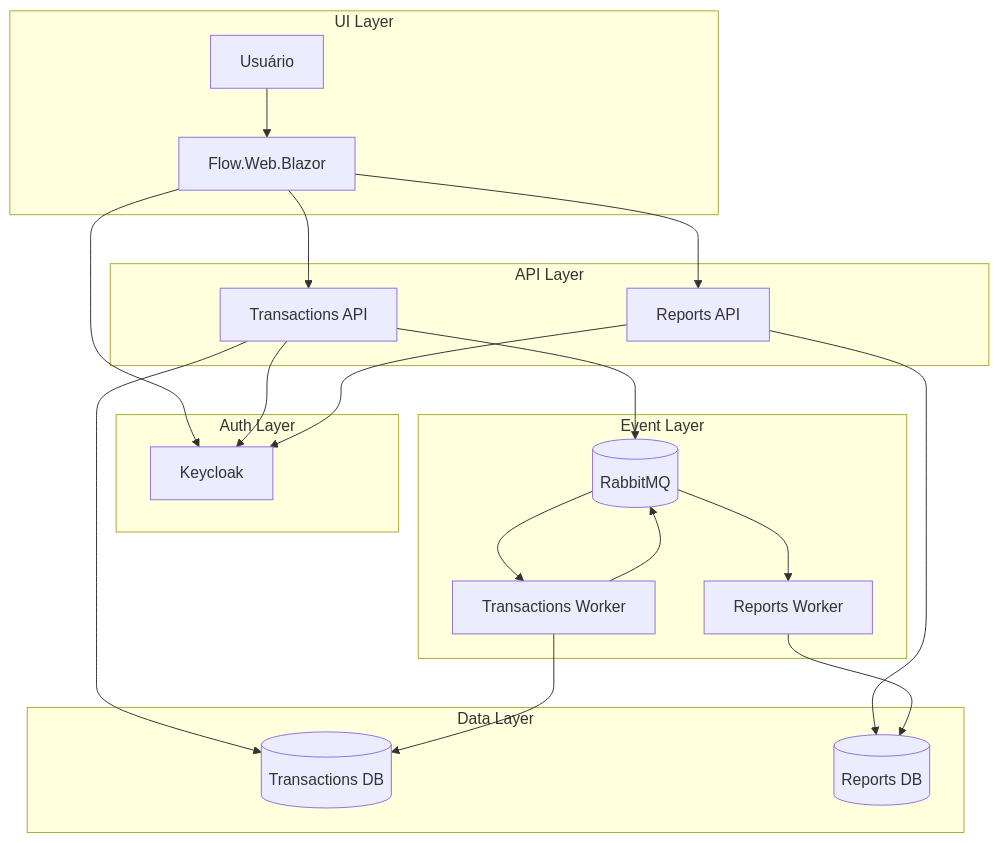
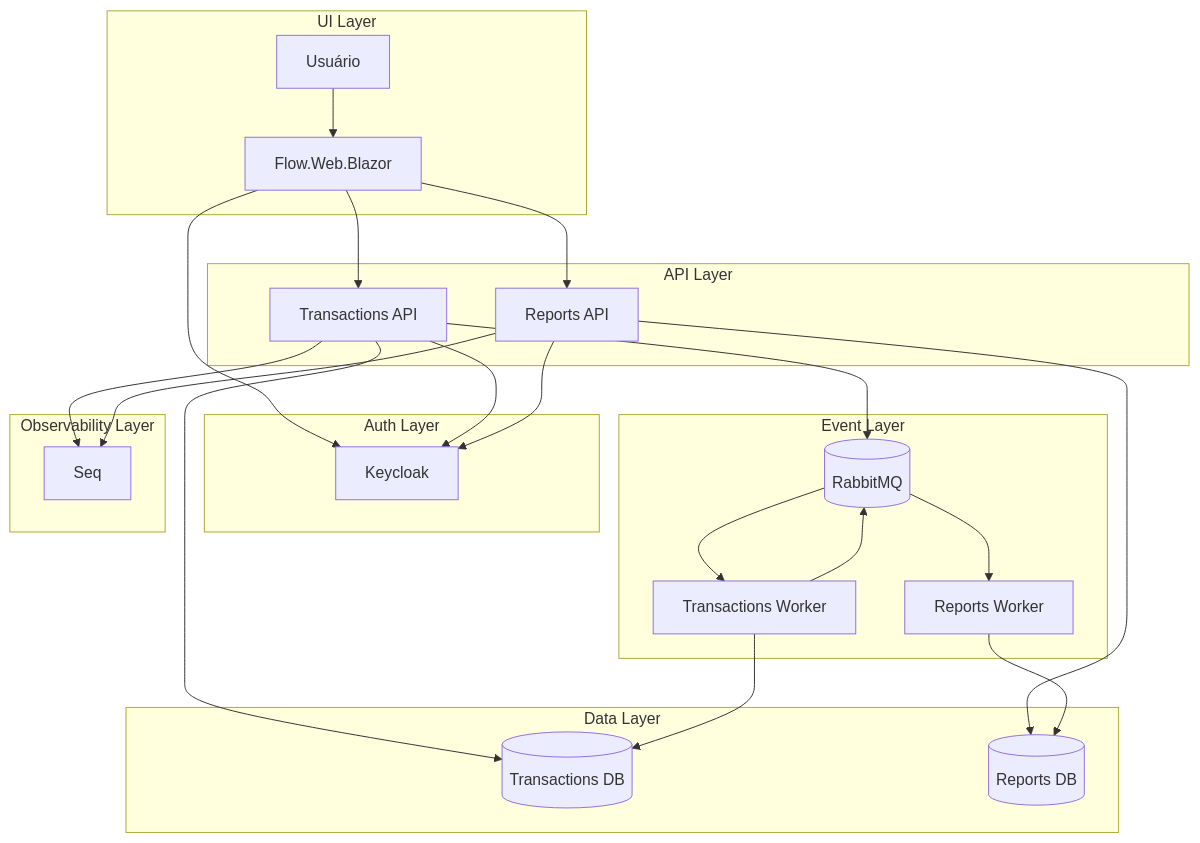
Before and after one commit to micheloliveira-com/flow-case: the diagram in README.md, drawn with Mermaid. The commit also changed other lines of this file and 3 other files, not shown here.

Commit message:
docs: update README and architecture diagram for centralized logs using Seq

````diff
--- a/README.md
+++ b/README.md
@@ -33,47 +34,54 @@
 ```mermaid
 flowchart TD
 
     subgraph UI[UI Layer]
         User[Usuário]
         Web[Flow.Web.Blazor]
         User --> Web
     end
 
     subgraph API[API Layer]
         TransactionsApi[Transactions API]
         ReportsApi[Reports API]
 
         Web --> TransactionsApi
         Web --> ReportsApi
     end
 
     subgraph AUTH[Auth Layer]
         Keycloak[Keycloak]
 
         Web --> Keycloak
         TransactionsApi --> Keycloak
         ReportsApi --> Keycloak
     end
 
     subgraph DATA[Data Layer]
         TransactionsDb[(Transactions DB)]
         ReportsDb[(Reports DB)]
 
         TransactionsApi --> TransactionsDb
         ReportsApi --> ReportsDb
     end
 
     subgraph EVENT[Event Layer]
         RabbitMQ[(RabbitMQ)]
         TransactionsWorker[Transactions Worker]
         ReportsWorker[Reports Worker]
 
         TransactionsApi --> RabbitMQ
         RabbitMQ --> TransactionsWorker
         TransactionsWorker --> TransactionsDb
         TransactionsWorker --> RabbitMQ
 
         RabbitMQ --> ReportsWorker
         ReportsWorker --> ReportsDb
     end
+
+    subgraph OBS[Observability Layer]
+        Seq[Seq]
+
+        TransactionsApi --> Seq
+        ReportsApi --> Seq
+    end
 ```
````
